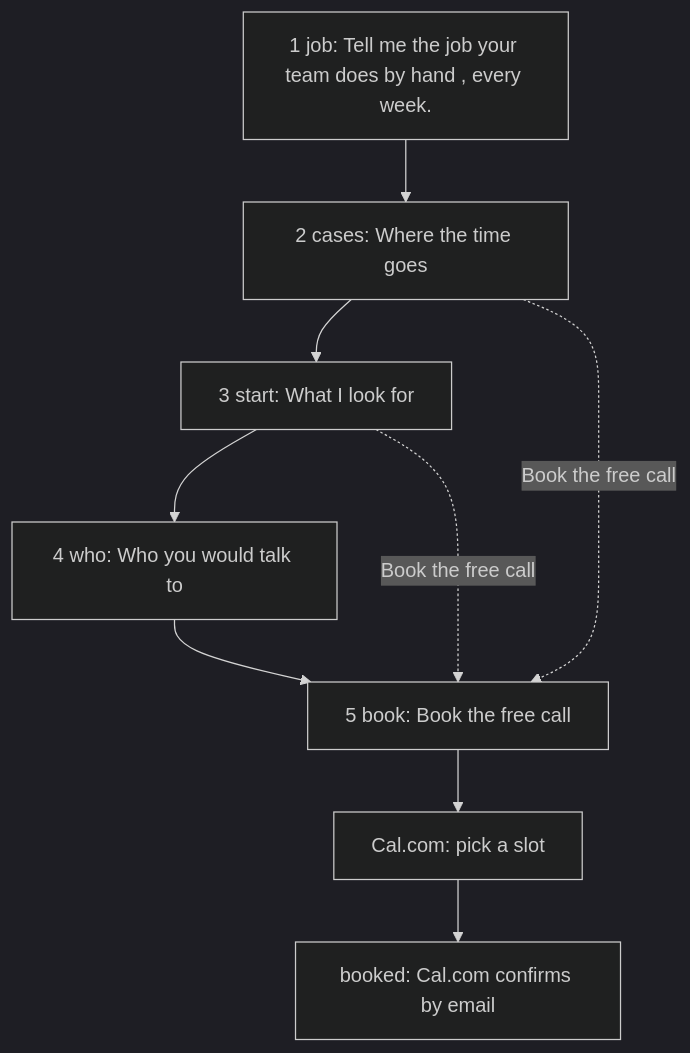
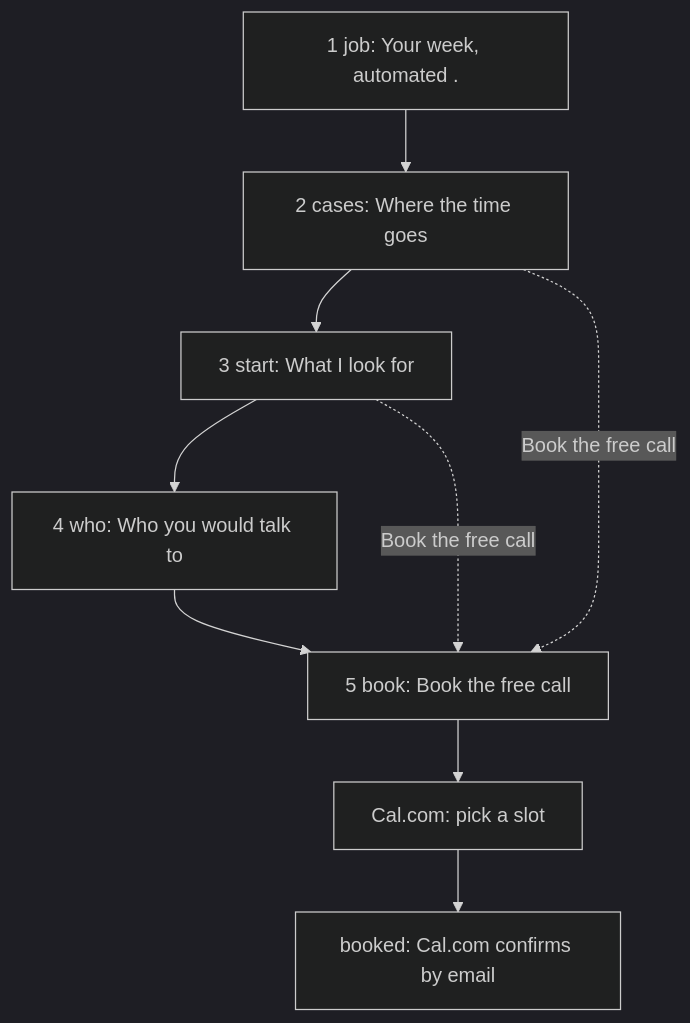
The diagram in _model/current/process.md (Rwb3n/rwb3n.github.io), drawn with Mermaid (dark theme) before and after one commit. The commit also changed other lines of this file and 14 other files, not shown here.

````diff
--- a/_model/current/process.md
+++ b/_model/current/process.md
@@ -8,15 +8,15 @@
 ```mermaid
 flowchart TD
-  S0["1 job: Tell me the job your team does by hand , every week."]
+  S0["1 job: Your week, automated ."]
   S1["2 cases: Where the time goes"]
   S2["3 start: What I look for"]
   S3["4 who: Who you would talk to"]
   S4["5 book: Book the free call"]
   S0 --> S1
   S1 --> S2
   S2 --> S3
   S3 --> S4
   S1 -. "Book the free call" .-> S4
   S2 -. "Book the free call" .-> S4
   S4 --> C["Cal.com: pick a slot"] --> D["booked: Cal.com confirms by email"]
 ```
````
